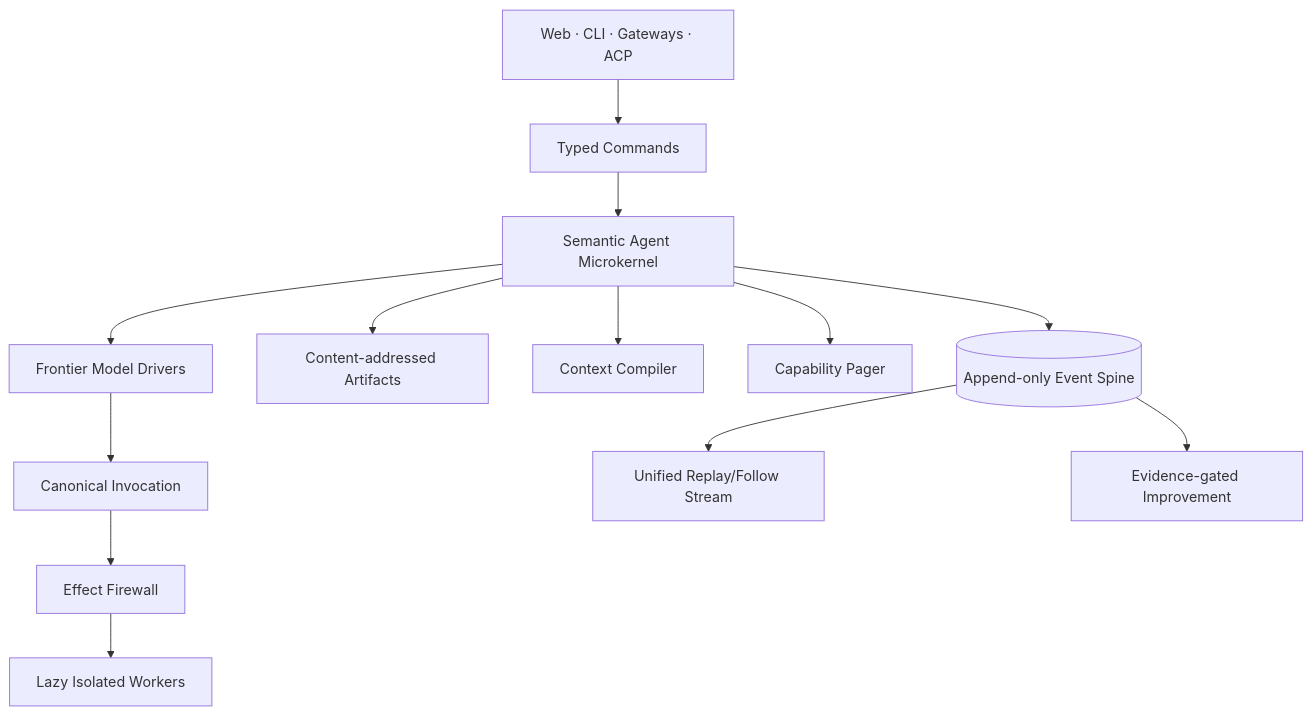
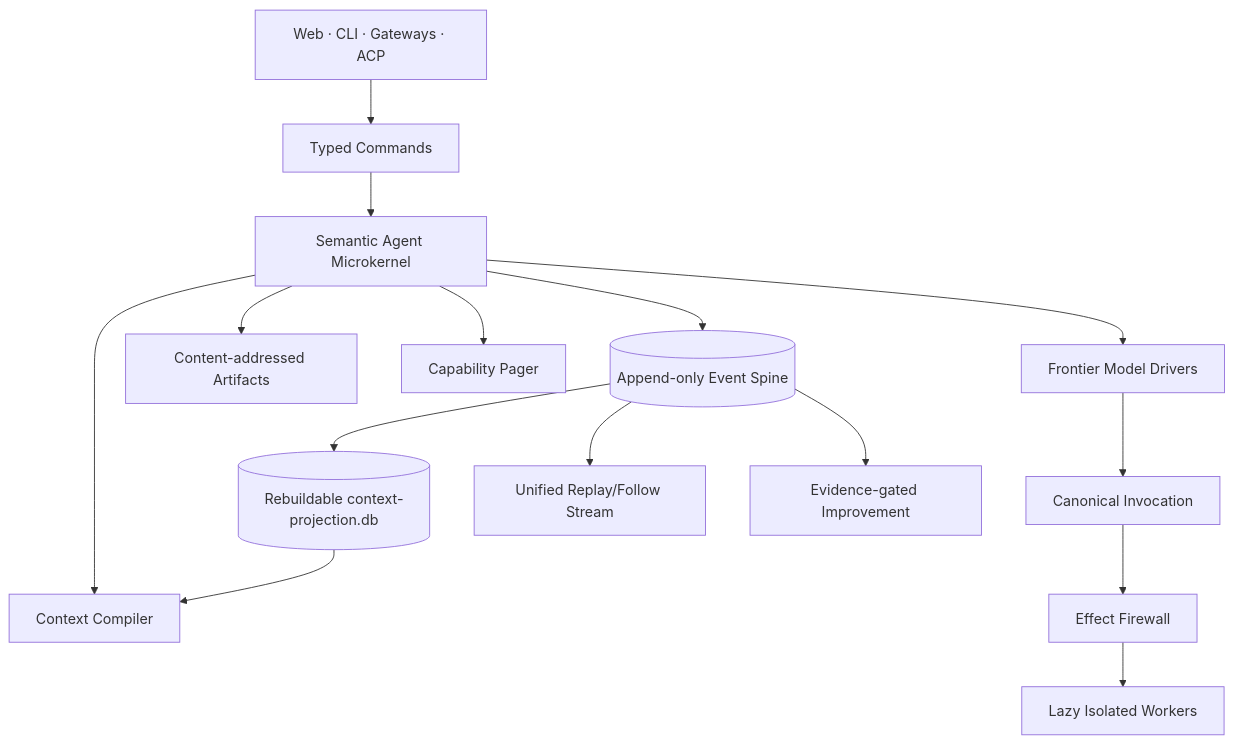
One commit to eunhhu/ditto changed the diagram in README.md. Above: the diagram before and after it, drawn with Mermaid. The commit also changed other lines of this file and 8 other files, not shown here.

First line of the commit message:
docs(agent): close durable context projection slice

````diff
--- a/README.md
+++ b/README.md
@@ -72,15 +82,17 @@
 ```mermaid
 flowchart TB
     UI[Web · CLI · Gateways · ACP] --> CMD[Typed Commands]
     CMD --> KERNEL[Semantic Agent Microkernel]
     KERNEL --> STORE[(Append-only Event Spine)]
+    STORE --> PROJ[(Rebuildable context-projection.db)]
     KERNEL --> ART[Content-addressed Artifacts]
     KERNEL --> CTX[Context Compiler]
+    PROJ --> CTX
     KERNEL --> PAGER[Capability Pager]
     KERNEL --> MODEL[Frontier Model Drivers]
     MODEL --> EXEC[Canonical Invocation]
     EXEC --> POLICY[Effect Firewall]
     POLICY --> WORKERS[Lazy Isolated Workers]
     STORE --> CLIENTS[Unified Replay/Follow Stream]
     STORE --> IMPROVE[Evidence-gated Improvement]
 ```
````
